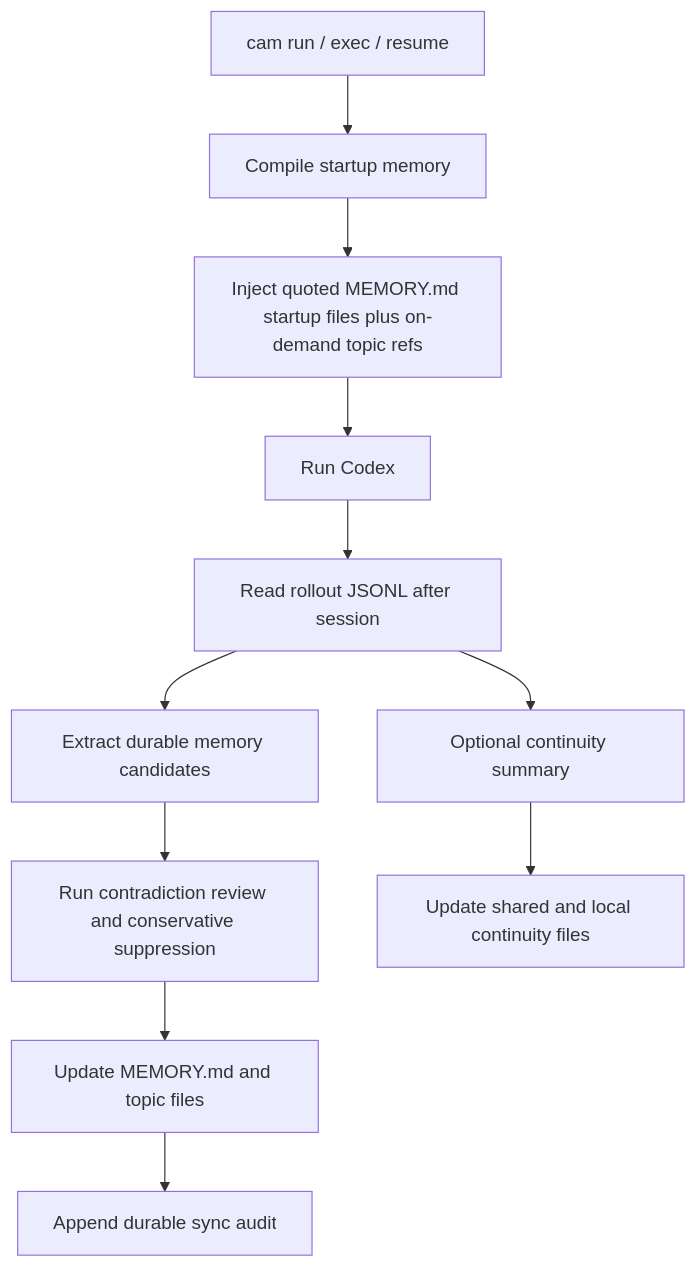
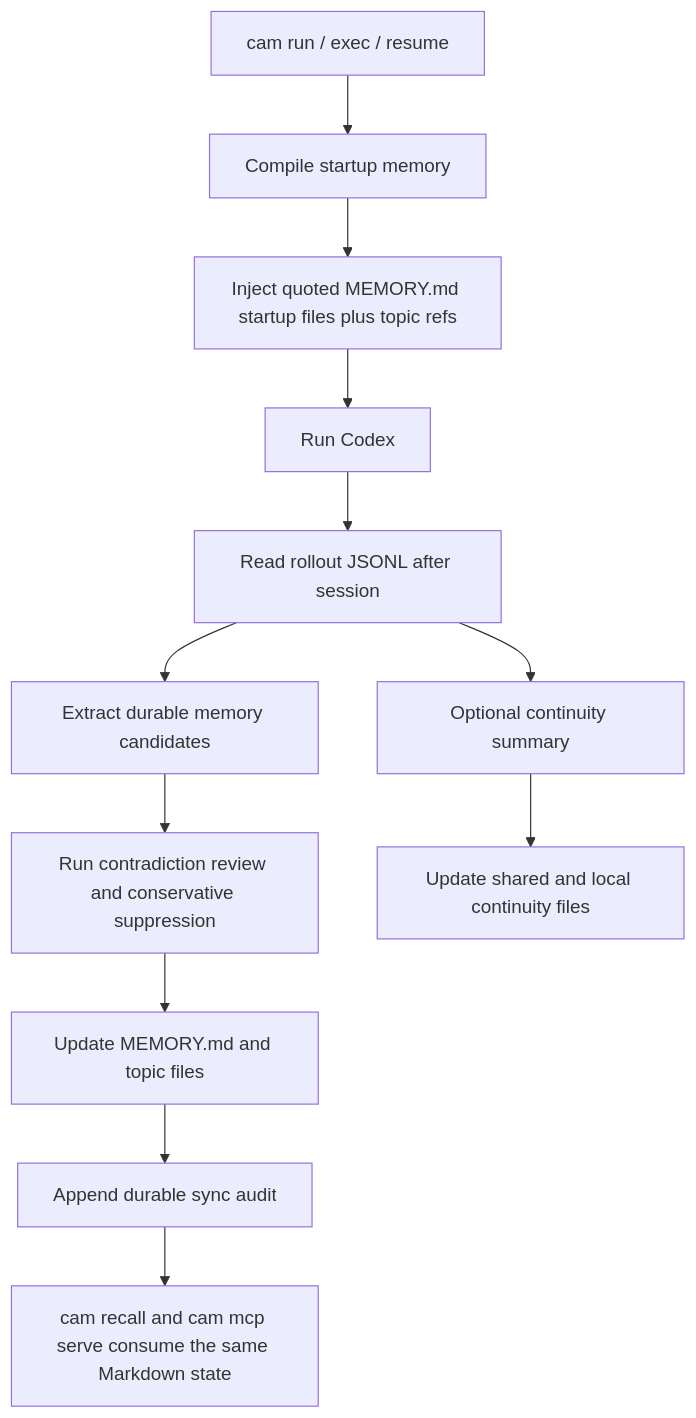
The diagram in docs/architecture.en.md (Boulea7/Codex-Auto-Memory), drawn with Mermaid before and after one commit. The commit also changed other lines of this file and 15 other files, not shown here.

````diff
--- a/docs/architecture.en.md
+++ b/docs/architecture.en.md
@@ -41,13 +36,14 @@
 ```mermaid
 flowchart TD
     A[cam run / exec / resume] --> B[Compile startup memory]
-    B --> C[Inject quoted MEMORY.md startup files plus on-demand topic refs]
+    B --> C[Inject quoted MEMORY.md startup files plus topic refs]
     C --> D[Run Codex]
     D --> E[Read rollout JSONL after session]
     E --> F[Extract durable memory candidates]
     E --> G[Optional continuity summary]
     F --> H[Run contradiction review and conservative suppression]
     H --> I[Update MEMORY.md and topic files]
     I --> J[Append durable sync audit]
     G --> K[Update shared and local continuity files]
+    J --> L[cam recall and cam mcp serve consume the same Markdown state]
 ```
````
